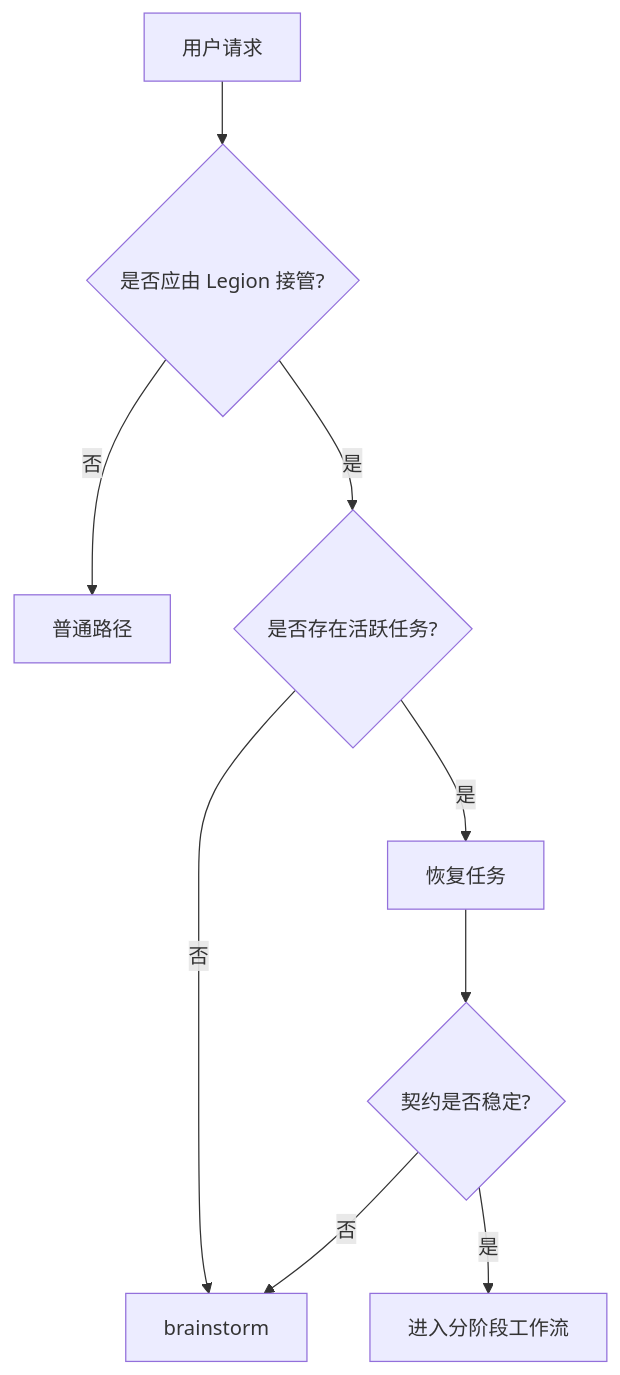
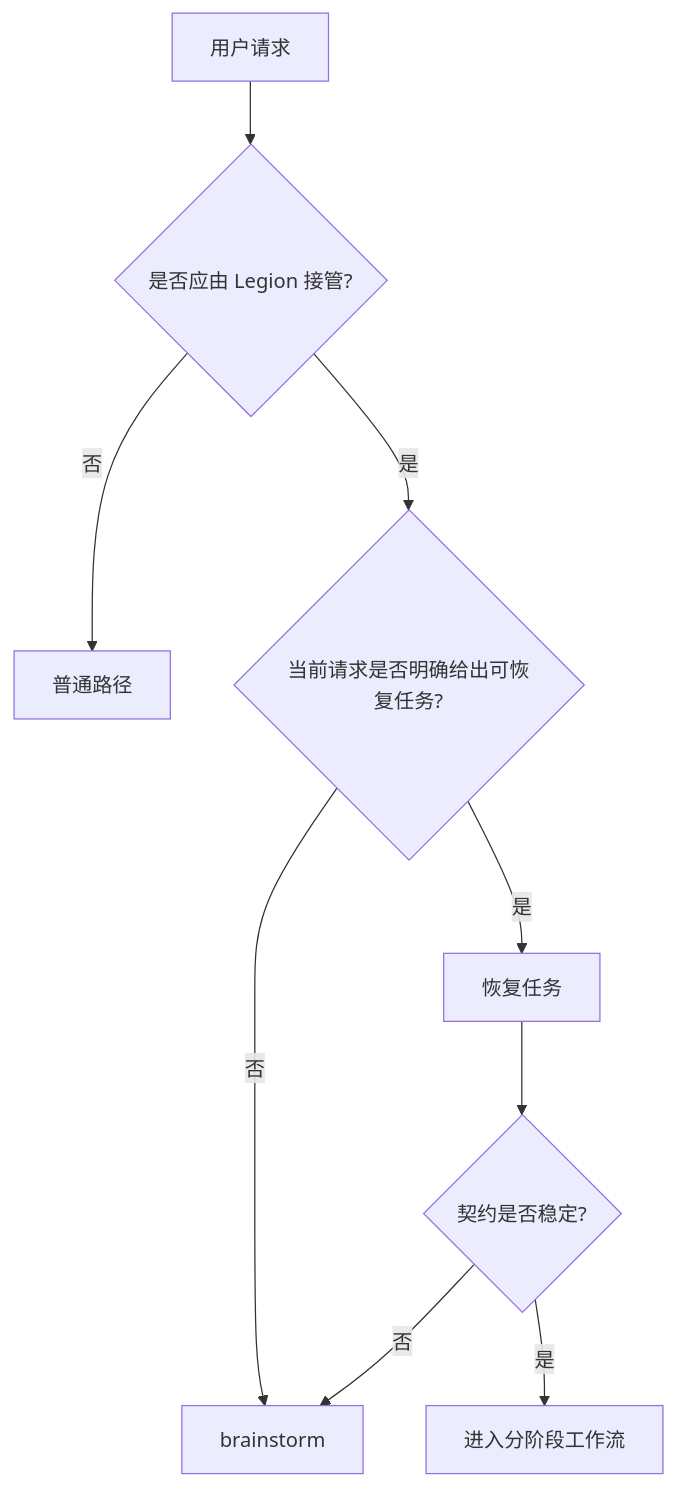
One commit to Thrimbda/legion-mind changed the first of 2 diagrams in skills/legion-workflow/SKILL.md. Above: the diagram before and after it, drawn with Mermaid. The commit also changed other lines of this file and 105 other files, not shown here.

````diff
--- a/skills/legion-workflow/SKILL.md
+++ b/skills/legion-workflow/SKILL.md
@@ -43,11 +43,11 @@
 ```mermaid
 flowchart TD
     A[用户请求] --> B{是否应由 Legion 接管?}
     B -- 否 --> C[普通路径]
-    B -- 是 --> D{是否存在活跃任务?}
+    B -- 是 --> D{当前请求是否明确给出可恢复任务?}
     D -- 否 --> E[brainstorm]
     D -- 是 --> F[恢复任务]
     F --> G{契约是否稳定?}
     G -- 否 --> E
     G -- 是 --> H[进入分阶段工作流]
 ```
````
